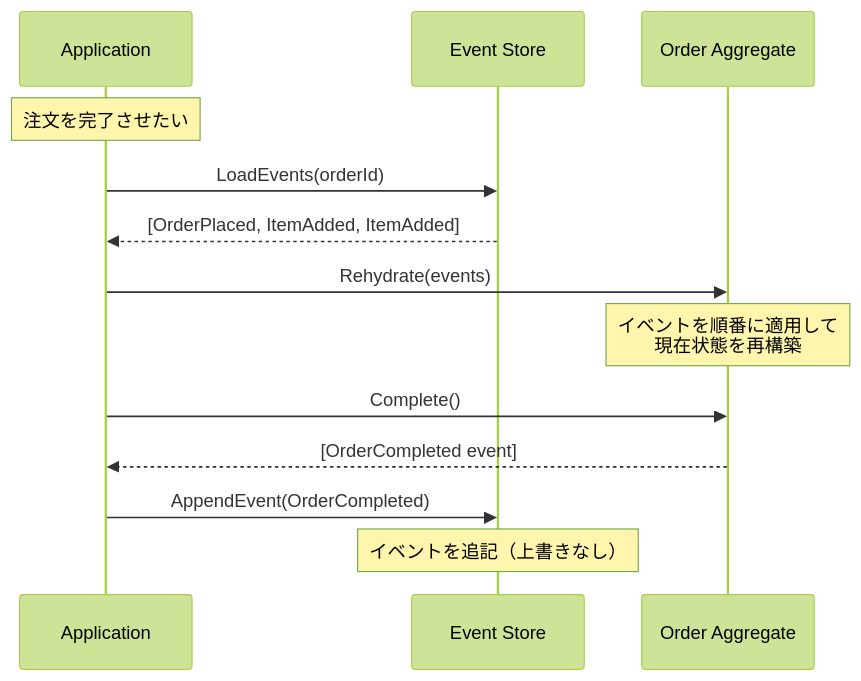
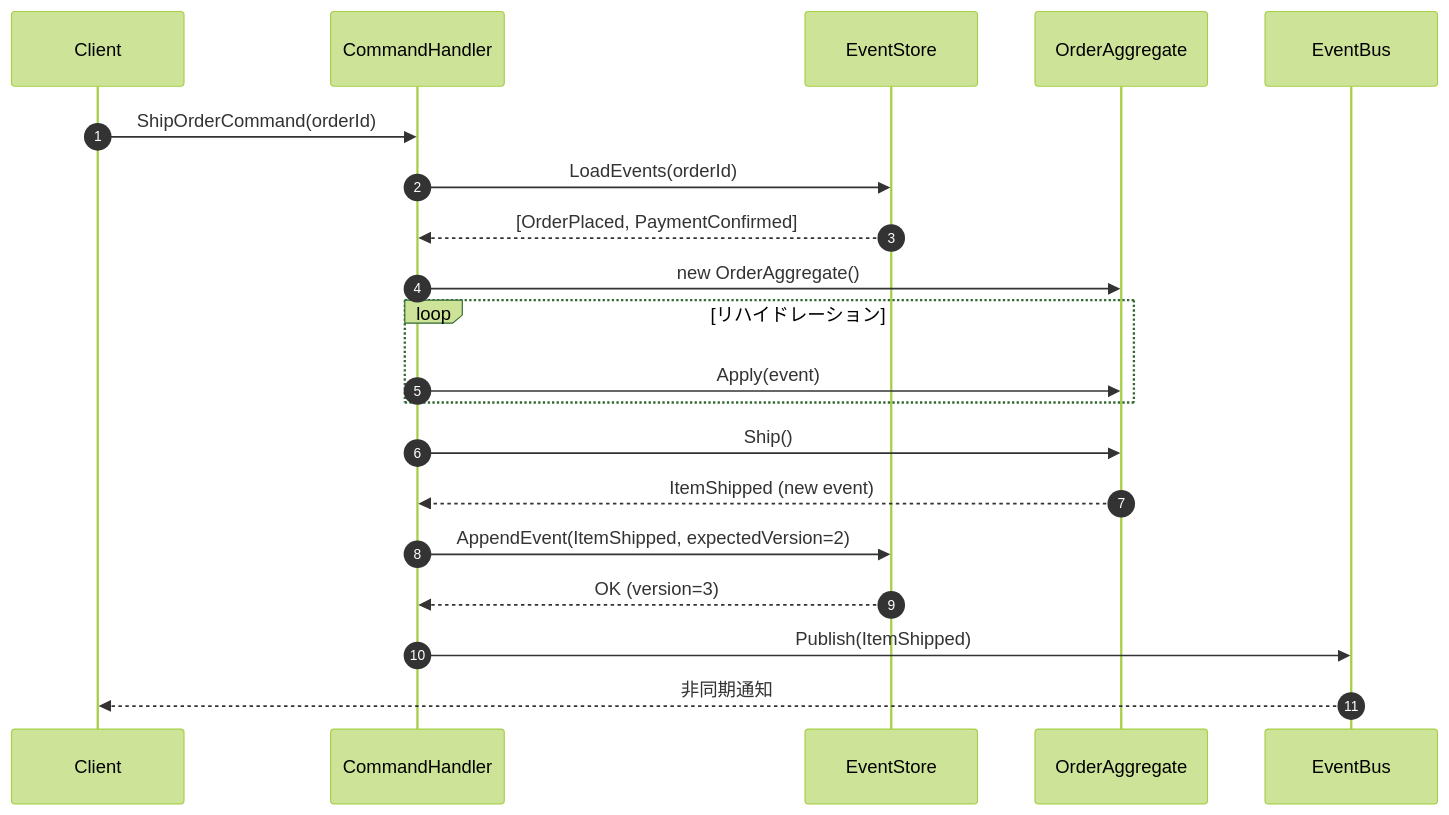
One commit to SakakitaniJunya/zenn-articles changed the first of 3 diagrams in books/ddd-complete-guide/16-event-sourcing.md. Above: the diagram before and after it, drawn with Mermaid (forest theme). The commit also changed other lines of this file and 26 other files, not shown here.

````diff
--- a/books/ddd-complete-guide/16-event-sourcing.md
+++ b/books/ddd-complete-guide/16-event-sourcing.md
@@ -28,20 +147,23 @@
 ```mermaid
 sequenceDiagram
-  participant App as Application
-  participant ES as Event Store
-  participant Agg as Order Aggregate
+    autonumber
+    participant C as Client
+    participant H as CommandHandler
+    participant ES as EventStore
+    participant A as OrderAggregate
+    participant EB as EventBus
 
-  Note over App: 注文を完了させたい
-
-  App->>ES: LoadEvents(orderId)
-  ES-->>App: [OrderPlaced, ItemAdded, ItemAdded]
-
-  App->>Agg: Rehydrate(events)
-  Note over Agg: イベントを順番に適用して<br/>現在状態を再構築
-
-  App->>Agg: Complete()
-  Agg-->>App: [OrderCompleted event]
-
-  App->>ES: AppendEvent(OrderCompleted)
-  Note over ES: イベントを追記（上書きなし）
+    C->>H: ShipOrderCommand(orderId)
+    H->>ES: LoadEvents(orderId)
+    ES-->>H: [OrderPlaced, PaymentConfirmed]
+    H->>A: new OrderAggregate()
+    loop リハイドレーション
+        H->>A: Apply(event)
+    end
+    H->>A: Ship()
+    A-->>H: ItemShipped (new event)
+    H->>ES: AppendEvent(ItemShipped, expectedVersion=2)
+    ES-->>H: OK (version=3)
+    H->>EB: Publish(ItemShipped)
+    EB-->>C: 非同期通知
 ```
````
